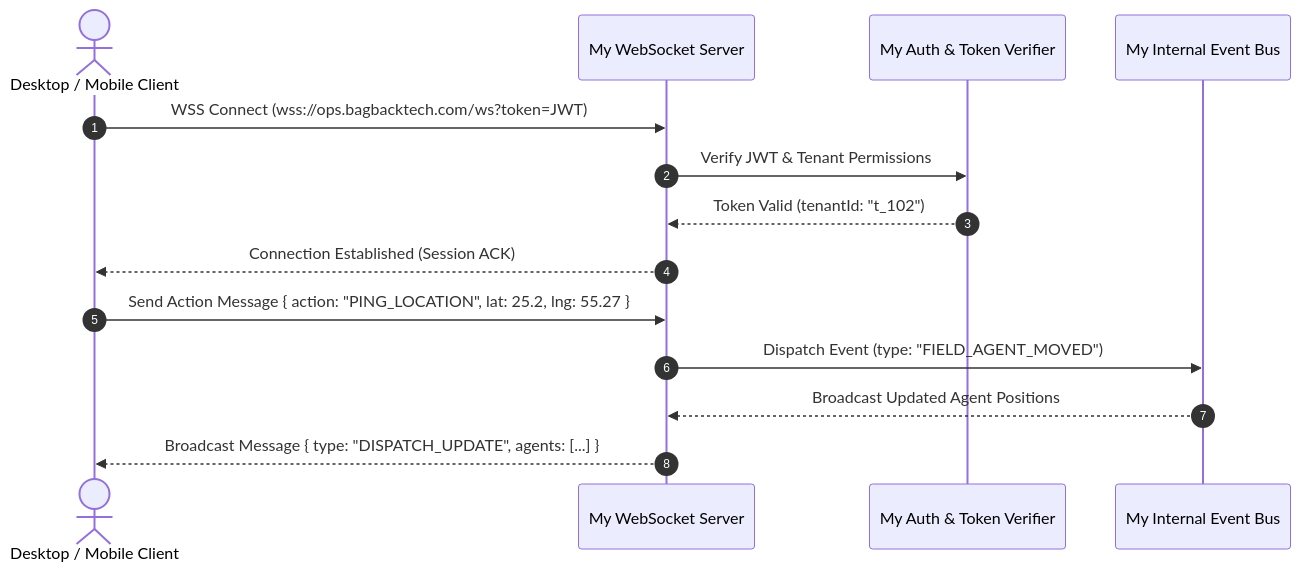
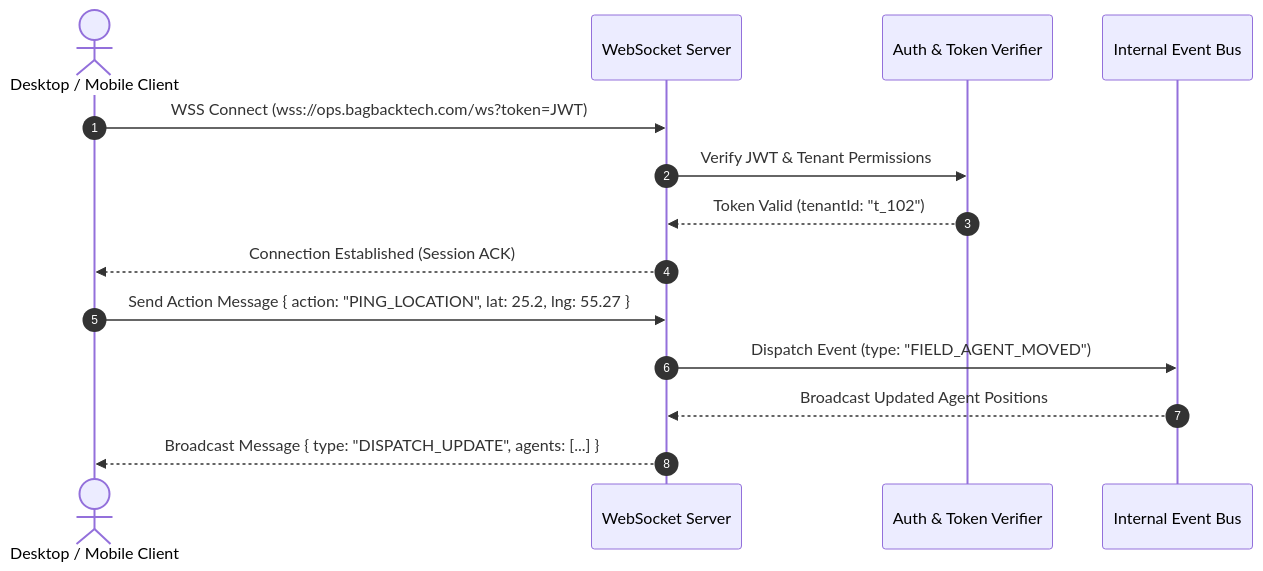
One commit to mohamedosamaai/mohamedosamaai changed the third of 3 diagrams in .github/wiki/Data-Flow-and-Sequence.md. Above: the diagram before and after it, drawn with Mermaid. The commit also changed other lines of this file and 14 other files, not shown here.

Commit message:
docs(readme): overhaul architecture showcase and purge redundant pronouns

````diff
--- a/.github/wiki/Data-Flow-and-Sequence.md
+++ b/.github/wiki/Data-Flow-and-Sequence.md
@@ -76,18 +76,18 @@
 ```mermaid
 sequenceDiagram
     autonumber
     actor Client as Desktop / Mobile Client
-    participant WSS as My WebSocket Server
-    participant Auth as My Auth & Token Verifier
-    participant Bus as My Internal Event Bus
+    participant WSS as WebSocket Server
+    participant Auth as Auth & Token Verifier
+    participant Bus as Internal Event Bus
 
     Client->>WSS: WSS Connect (wss://ops.bagbacktech.com/ws?token=JWT)
     WSS->>Auth: Verify JWT & Tenant Permissions
     Auth-->>WSS: Token Valid (tenantId: "t_102")
     WSS-->>Client: Connection Established (Session ACK)
 
     Client->>WSS: Send Action Message { action: "PING_LOCATION", lat: 25.2, lng: 55.27 }
     WSS->>Bus: Dispatch Event (type: "FIELD_AGENT_MOVED")
     Bus-->>WSS: Broadcast Updated Agent Positions
     WSS-->>Client: Broadcast Message { type: "DISPATCH_UPDATE", agents: [...] }
 ```
````
